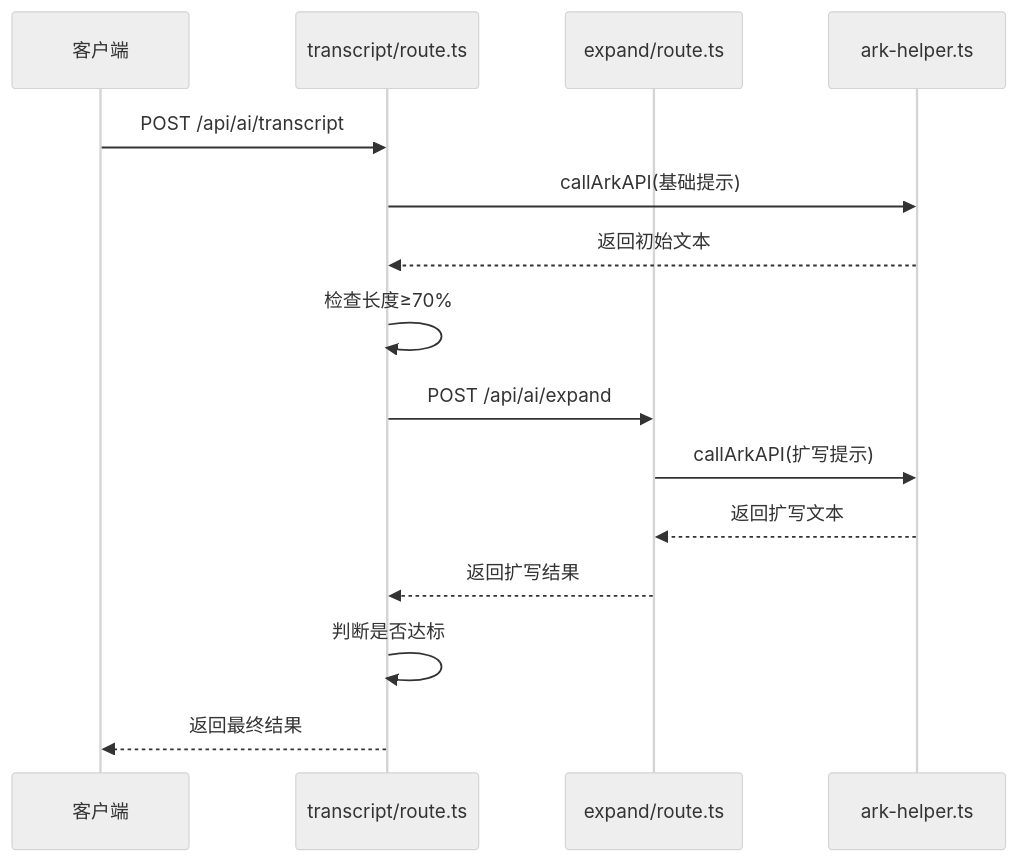
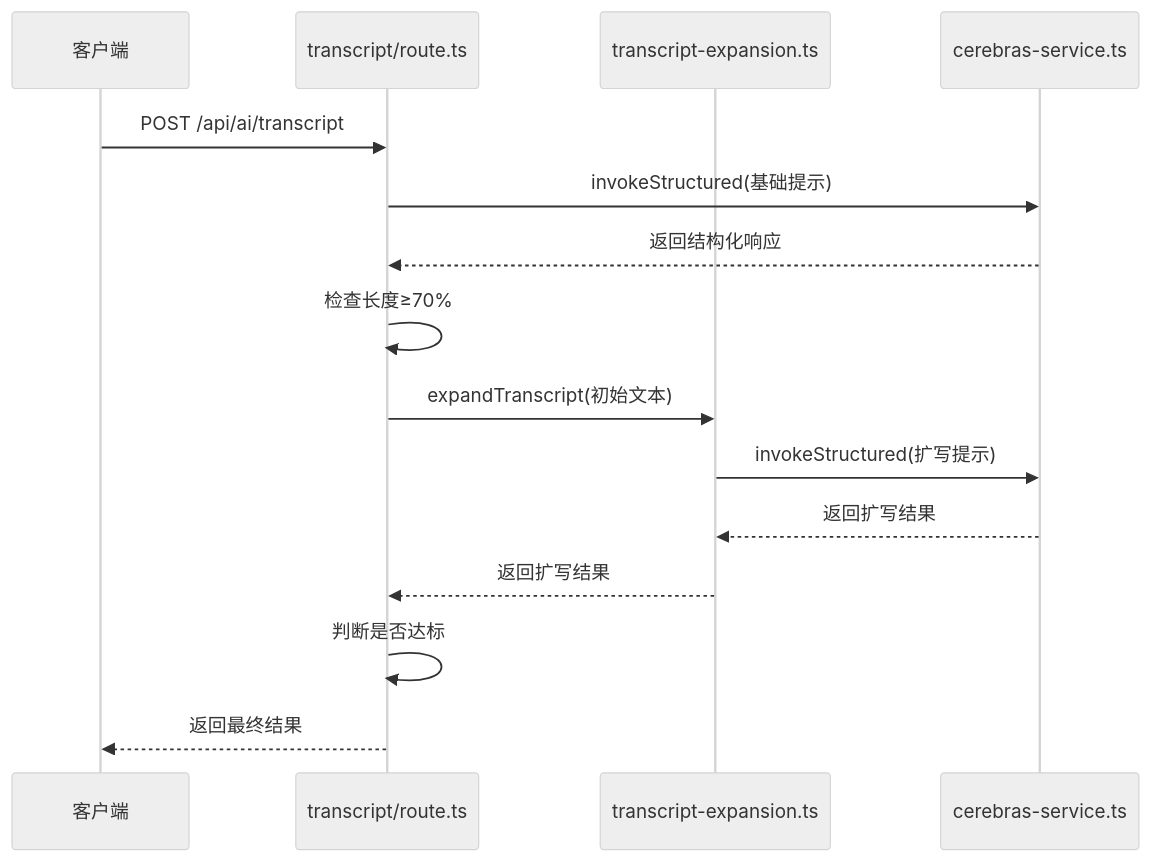
Before and after one commit to arthurlee116/english-listening-trainer: the fourth of 6 diagrams in .qoder/repowiki/zh/content/后端API接口/AI内容生成API/转录文本生成API.md, drawn with Mermaid (neutral theme). The commit also changed other lines of this file and 58 other files, not shown here.

````diff
--- a/.qoder/repowiki/zh/content/后端API接口/AI内容生成API/转录文本生成API.md
+++ b/.qoder/repowiki/zh/content/后端API接口/AI内容生成API/转录文本生成API.md
@@ -141,17 +155,17 @@
 ```mermaid
 sequenceDiagram
 participant 客户端 as 客户端
 participant 主路由 as transcript/route.ts
-participant 扩写路由 as expand/route.ts
-participant AI服务 as ark-helper.ts
+participant 扩写服务 as transcript-expansion.ts
+participant AI服务 as cerebras-service.ts
 客户端->>主路由 : POST /api/ai/transcript
-主路由->>AI服务 : callArkAPI(基础提示)
-AI服务-->>主路由 : 返回初始文本
+主路由->>AI服务 : invokeStructured(基础提示)
+AI服务-->>主路由 : 返回结构化响应
 主路由->>主路由 : 检查长度≥70%
-主路由->>扩写路由 : POST /api/ai/expand
-扩写路由->>AI服务 : callArkAPI(扩写提示)
-AI服务-->>扩写路由 : 返回扩写文本
-扩写路由-->>主路由 : 返回扩写结果
+主路由->>扩写服务 : expandTranscript(初始文本)
+扩写服务->>AI服务 : invokeStructured(扩写提示)
+AI服务-->>扩写服务 : 返回扩写结果
+扩写服务-->>主路由 : 返回扩写结果
 主路由->>主路由 : 判断是否达标
 主路由-->>客户端 : 返回最终结果
 ```
````
